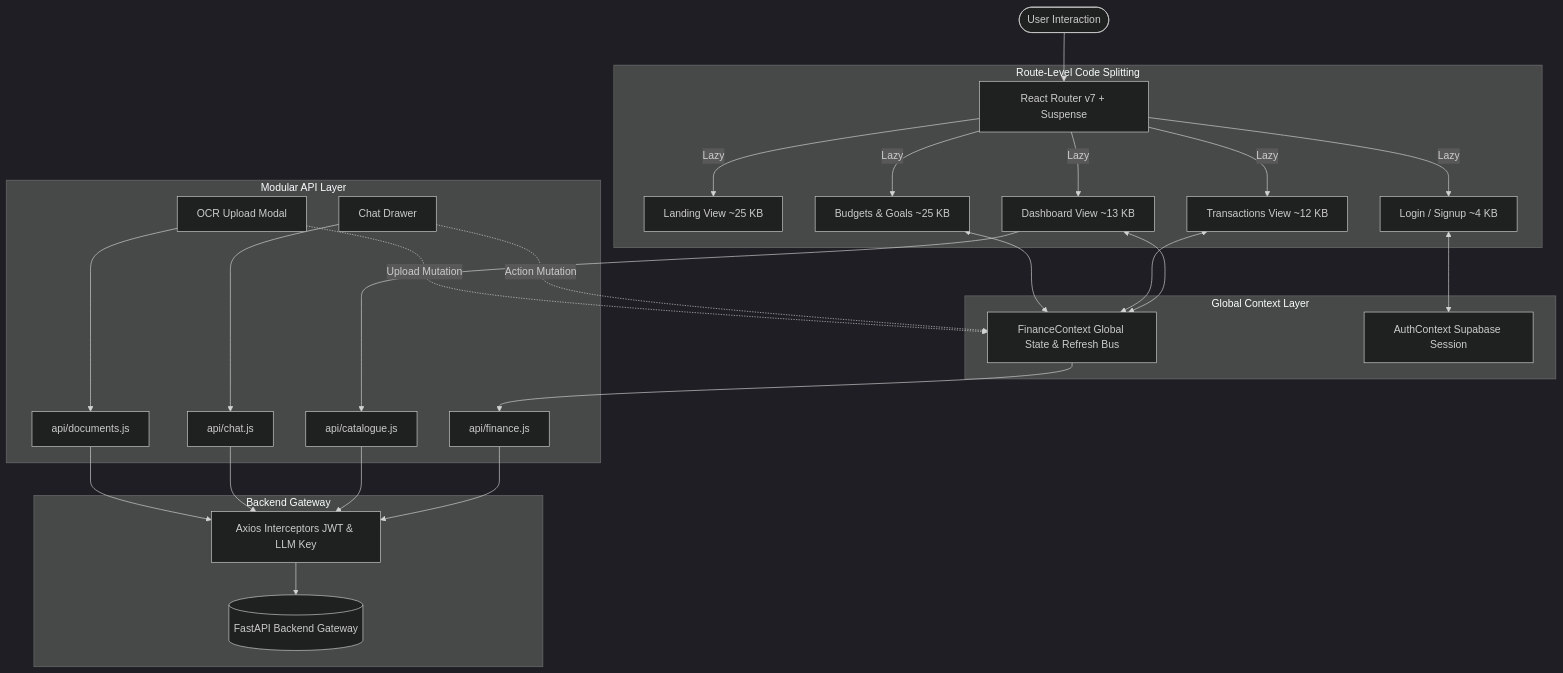
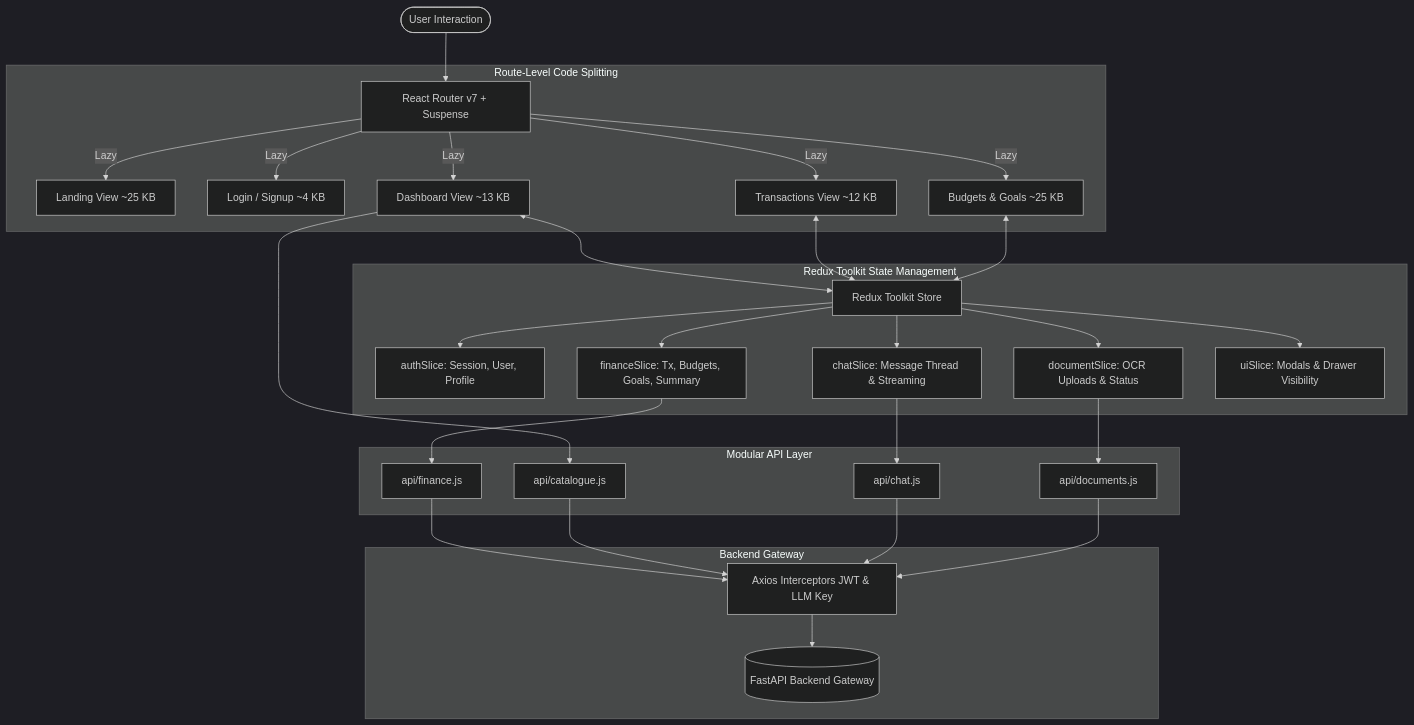
The diagram in README.md (nilayDawn/ARTHA_frontend), drawn with Mermaid (dark theme) before and after one commit. The commit also changed other lines of this file, not shown here.

````diff
--- a/README.md
+++ b/README.md
@@ -42,31 +42,33 @@
 ```mermaid
 graph TD
     User([User Interaction]) --> Router[React Router v7 + Suspense]
 
     subgraph Route-Level Code Splitting
         Router -->|Lazy| Landing[Landing View ~25 KB]
         Router -->|Lazy| Auth[Login / Signup ~4 KB]
         Router -->|Lazy| Dashboard[Dashboard View ~13 KB]
         Router -->|Lazy| Transactions[Transactions View ~12 KB]
         Router -->|Lazy| Budgets[Budgets & Goals ~25 KB]
     end
 
-    subgraph Global Context Layer
-        Dashboard & Transactions & Budgets <--> FinanceCtx[FinanceContext Global State & Refresh Bus]
-        Auth <--> AuthCtx[AuthContext Supabase Session]
+    subgraph Redux Toolkit State Management
+        Dashboard & Transactions & Budgets <--> ReduxStore[Redux Toolkit Store]
+        ReduxStore --> AuthSlice[authSlice: Session, User, Profile]
+        ReduxStore --> FinanceSlice[financeSlice: Tx, Budgets, Goals, Summary]
+        ReduxStore --> DocSlice[documentSlice: OCR Uploads & Status]
+        ReduxStore --> ChatSlice[chatSlice: Message Thread & Streaming]
+        ReduxStore --> UISlice[uiSlice: Modals & Drawer Visibility]
     end
 
     subgraph Modular API Layer
-        FinanceCtx --> FinAPI[api/finance.js]
+        FinanceSlice --> FinAPI[api/finance.js]
         Dashboard --> CatAPI[api/catalogue.js]
-        ChatDrawer[Chat Drawer] --> ChatAPI[api/chat.js]
-        ChatDrawer -.->|Action Mutation| FinanceCtx
-        DocModal[OCR Upload Modal] --> DocAPI[api/documents.js]
-        DocModal -.->|Upload Mutation| FinanceCtx
+        ChatSlice --> ChatAPI[api/chat.js]
+        DocSlice --> DocAPI[api/documents.js]
     end
 
     subgraph Backend Gateway
         FinAPI & CatAPI & ChatAPI & DocAPI --> Axios[Axios Interceptors JWT & LLM Key]
         Axios --> LiveBackend[(FastAPI Backend Gateway)]
     end
 ```
````
